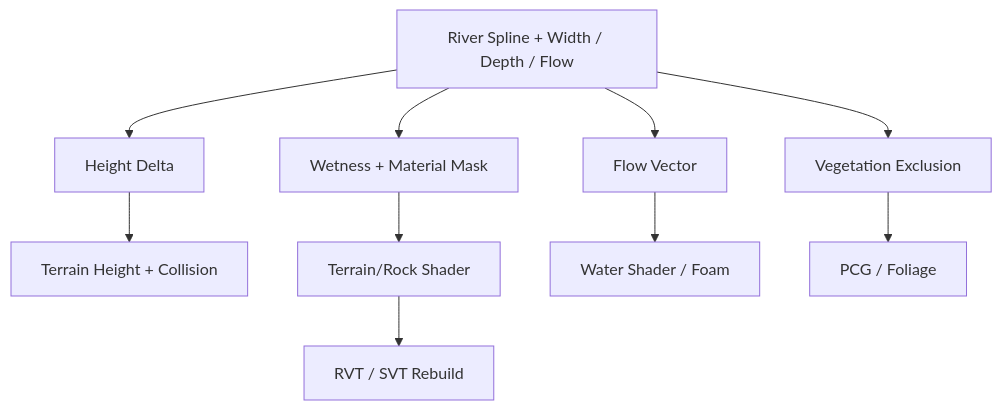
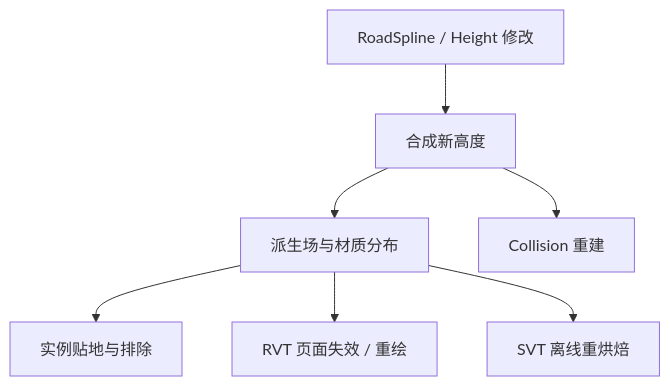
Before and after one commit to dupouyer/BlogPublish: the diagram in Site/astro-koharu/src/content/blog/note/algorithm/gdc-terrain-authoring.md, drawn with Mermaid. The commit also changed other lines of this file and 32 other files, not shown here.

````diff
--- a/Site/astro-koharu/src/content/blog/note/algorithm/gdc-terrain-authoring.md
+++ b/Site/astro-koharu/src/content/blog/note/algorithm/gdc-terrain-authoring.md
@@ -26,12 +212,9 @@
-~~~mermaid
+```mermaid
 flowchart TD
- A["River Spline + Width / Depth / Flow"] --> B["Height Delta"]
- A --> C["Wetness + Material Mask"]
- A --> D["Flow Vector"]
- A --> E["Vegetation Exclusion"]
- B --> F["Terrain Height + Collision"]
- C --> G["Terrain/Rock Shader"]
- D --> H["Water Shader / Foam"]
- E --> I["PCG / Foliage"]
- G --> J["RVT / SVT Rebuild"]
-~~~
+ S["RoadSpline / Height 修改"] --> H["合成新高度"]
+ H --> M["派生场与材质分布"]
+ M --> P["实例贴地与排除"]
+ H --> C["Collision 重建"]
+ M --> R["RVT 页面失效 / 重绘"]
+ M --> V["SVT 离线重烘焙"]
+```
````
